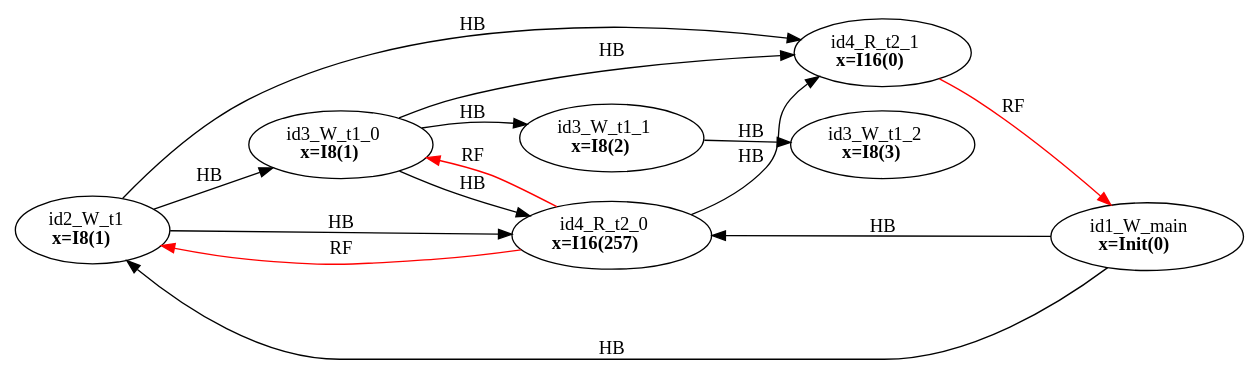
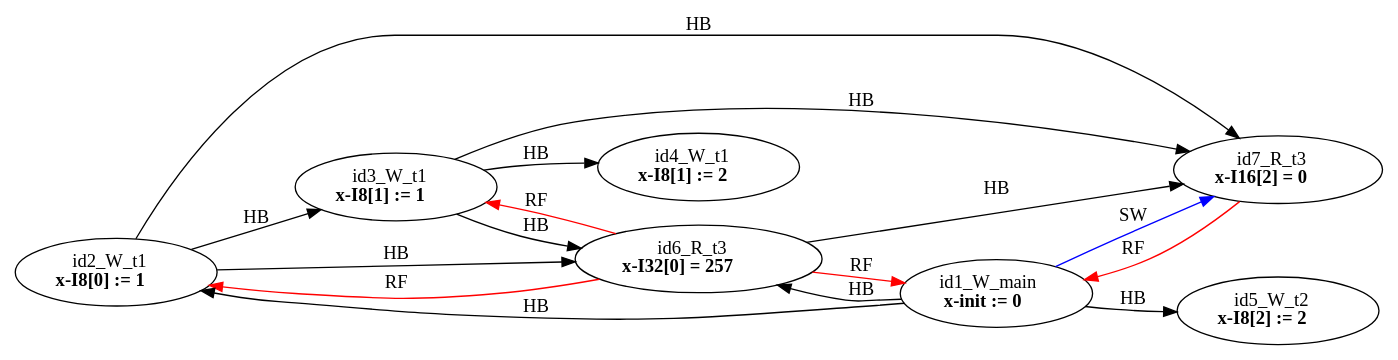
Before and after one commit to FMJS/EMME: the diagram in examples/single_var/sv_simple17/mm3.dot, drawn with Graphviz. The commit also changed 481 other files, not shown here.

```diff
--- a/examples/single_var/sv_simple17/mm3.dot
+++ b/examples/single_var/sv_simple17/mm3.dot
@@ -1,24 +1,26 @@
 digraph memory_model {
 rankdir=LR;
 splines=true; esep=0.5;
-id2_W_t1 -> id3_W_t1_0 [label = "HB", color="black"];
-id3_W_t1_0 -> id3_W_t1_1 [label = "HB", color="black"];
-id3_W_t1_1 -> id3_W_t1_2 [label = "HB", color="black"];
-id4_R_t2_0 -> id4_R_t2_1 [label = "HB", color="black"];
+id2_W_t1 -> id3_W_t1 [label = "HB", color="black"];
+id3_W_t1 -> id4_W_t1 [label = "HB", color="black"];
+id6_R_t3 -> id7_R_t3 [label = "HB", color="black"];
 id1_W_main -> id2_W_t1 [label = "HB", color="black"];
-id1_W_main -> id4_R_t2_0 [label = "HB", color="black"];
-id2_W_t1 -> id4_R_t2_0 [label = "HB", color="black"];
-id2_W_t1 -> id4_R_t2_1 [label = "HB", color="black"];
-id3_W_t1_0 -> id4_R_t2_0 [label = "HB", color="black"];
-id3_W_t1_0 -> id4_R_t2_1 [label = "HB", color="black"];
-id4_R_t2_0 -> id2_W_t1 [label = "RF", color="red"];
-id4_R_t2_0 -> id3_W_t1_0 [label = "RF", color="red"];
-id4_R_t2_1 -> id1_W_main [label = "RF", color="red"];
-id1_W_main [label=<id1_W_main<br/><B>x=Init(0)</B>>, pos="2.5,8!"]
-id2_W_t1 [label=<id2_W_t1<br/><B>x=I8(1)</B>>, pos="0,6!"]
-id3_W_t1_0 [label=<id3_W_t1_0<br/><B>x=I8(1)</B>>, pos="0,4!"]
-id3_W_t1_1 [label=<id3_W_t1_1<br/><B>x=I8(2)</B>>, pos="0,2!"]
-id3_W_t1_2 [label=<id3_W_t1_2<br/><B>x=I8(3)</B>>, pos="0,0!"]
-id4_R_t2_0 [label=<id4_R_t2_0<br/><B>x=I16(257)</B>>, pos="5,6!"]
-id4_R_t2_1 [label=<id4_R_t2_1<br/><B>x=I16(0)</B>>, pos="5,4!"]
+id1_W_main -> id5_W_t2 [label = "HB", color="black"];
+id1_W_main -> id6_R_t3 [label = "HB", color="black"];
+id2_W_t1 -> id6_R_t3 [label = "HB", color="black"];
+id2_W_t1 -> id7_R_t3 [label = "HB", color="black"];
+id3_W_t1 -> id6_R_t3 [label = "HB", color="black"];
+id3_W_t1 -> id7_R_t3 [label = "HB", color="black"];
+id6_R_t3 -> id1_W_main [label = "RF", color="red"];
+id6_R_t3 -> id2_W_t1 [label = "RF", color="red"];
+id6_R_t3 -> id3_W_t1 [label = "RF", color="red"];
+id7_R_t3 -> id1_W_main [label = "RF", color="red"];
+id1_W_main -> id7_R_t3 [label = "SW", color="blue"];
+id1_W_main [label=<id1_W_main<br/><B>x-init := 0</B>>, pos="5.0,6!"]
+id2_W_t1 [label=<id2_W_t1<br/><B>x-I8[0] := 1</B>>, pos="0,4!"]
+id3_W_t1 [label=<id3_W_t1<br/><B>x-I8[1] := 1</B>>, pos="0,2!"]
+id4_W_t1 [label=<id4_W_t1<br/><B>x-I8[1] := 2</B>>, pos="0,0!"]
+id5_W_t2 [label=<id5_W_t2<br/><B>x-I8[2] := 2</B>>, pos="5,4!"]
+id6_R_t3 [label=<id6_R_t3<br/><B>x-I32[0] = 257</B>>, pos="10,4!"]
+id7_R_t3 [label=<id7_R_t3<br/><B>x-I16[2] = 0</B>>, pos="10,2!"]
 }
```
